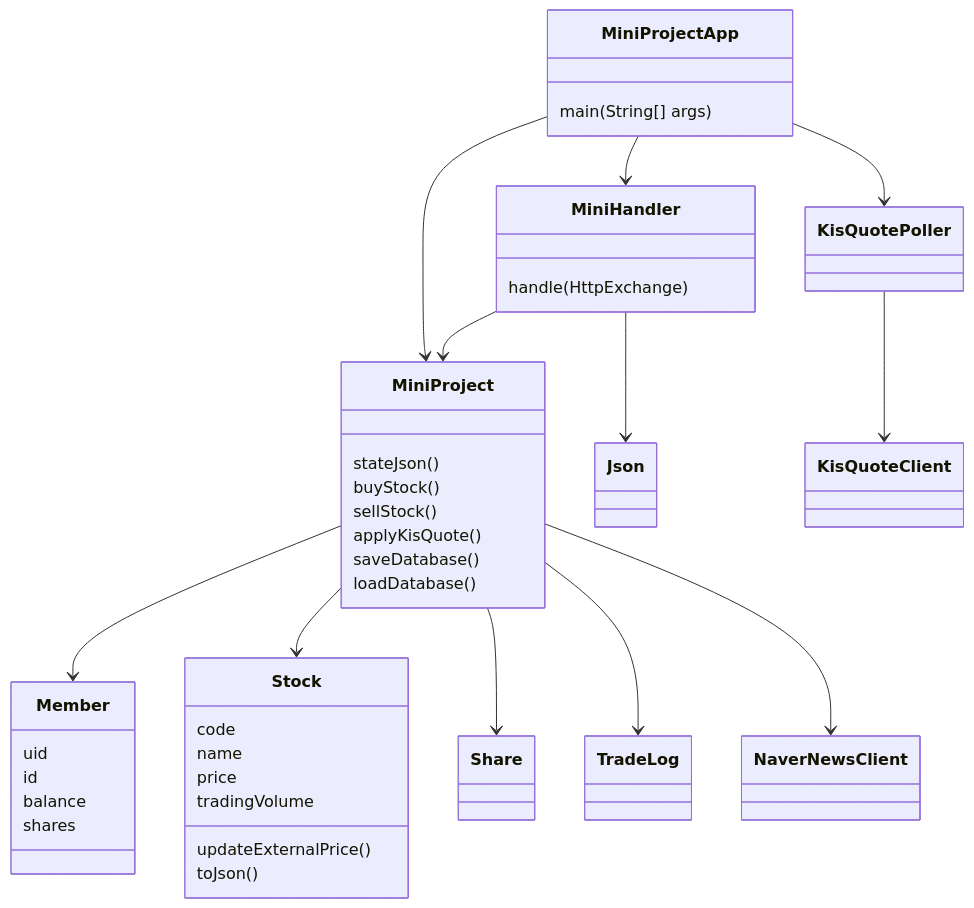
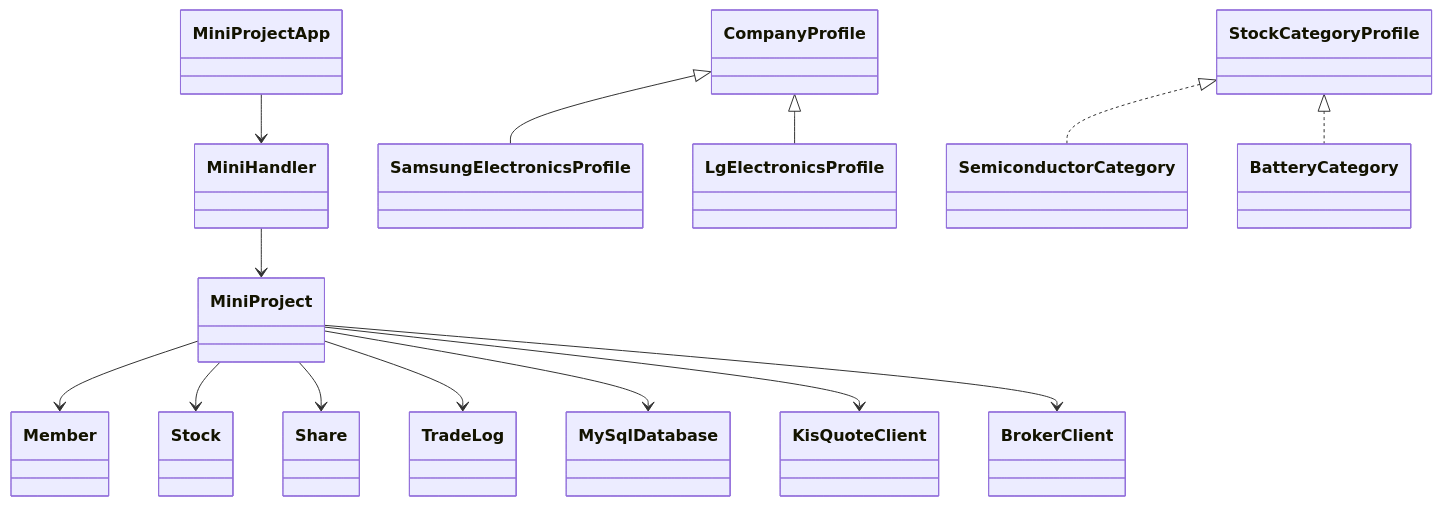
One commit to osangmin51-spec/javaproject changed the diagram in docs/project-report.md. Above: the diagram before and after it, drawn with Mermaid. The commit also changed other lines of this file and 30 other files, not shown here.

Commit message:
Remove news integration and update stock app docs

````diff
--- a/docs/project-report.md
+++ b/docs/project-report.md
@@ -75,49 +40,16 @@
 ```mermaid
 classDiagram
-    class MiniProjectApp {
-        main(String[] args)
-    }
-    class MiniHandler {
-        handle(HttpExchange)
-    }
-    class MiniProject {
-        stateJson()
-        buyStock()
-        sellStock()
-        applyKisQuote()
-        saveDatabase()
-        loadDatabase()
-    }
-    class Stock {
-        code
-        name
-        price
-        tradingVolume
-        updateExternalPrice()
-        toJson()
-    }
-    class Member {
-        uid
-        id
-        balance
-        shares
-    }
-    class Share
-    class TradeLog
-    class KisQuotePoller
-    class KisQuoteClient
-    class NaverNewsClient
-    class Json
-
-    MiniProjectApp --> MiniProject
     MiniProjectApp --> MiniHandler
-    MiniProjectApp --> KisQuotePoller
     MiniHandler --> MiniProject
     MiniProject --> Member
     MiniProject --> Stock
     MiniProject --> Share
     MiniProject --> TradeLog
-    MiniProject --> NaverNewsClient
-    KisQuotePoller --> KisQuoteClient
-    MiniHandler --> Json
+    MiniProject --> MySqlDatabase
+    MiniProject --> KisQuoteClient
+    MiniProject --> BrokerClient
+    CompanyProfile <|-- SamsungElectronicsProfile
+    CompanyProfile <|-- LgElectronicsProfile
+    StockCategoryProfile <|.. SemiconductorCategory
+    StockCategoryProfile <|.. BatteryCategory
 ```
````
